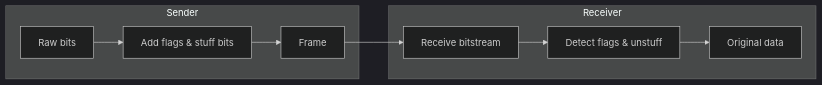
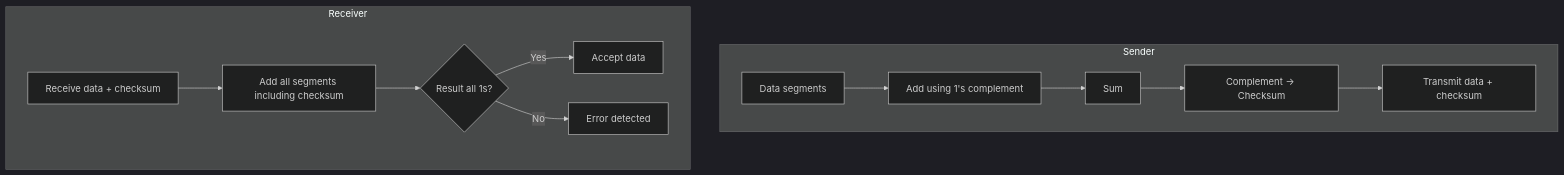
Before and after one commit to manishkumar8312/CS-Fundamentals: the third of 14 diagrams in Computer Network/Ch 04 - Data Link Layer.md, drawn with Mermaid (dark theme). The commit also changed other lines of this file, not shown here.

Commit message:
data link layer

````diff
--- a/Computer Network/Ch 04 - Data Link Layer.md
+++ b/Computer Network/Ch 04 - Data Link Layer.md
@@ -39,12 +68,15 @@
 ```mermaid
-flowchart LR
-    subgraph Sender
-        A[Raw bits] --> B[Add flags & stuff bits]
-        B --> C[Frame]
+flowchart TD
+    subgraph "Sender"
+        D[Data segments] --> Add[Add using 1's complement]
+        Add --> Sum[Sum]
+        Sum --> Compl[Complement → Checksum]
+        Compl --> Transmit[Transmit data + checksum]
     end
-    subgraph Receiver
-        C --> D[Receive bitstream]
-        D --> E[Detect flags & unstuff]
-        E --> F[Original data]
+    subgraph "Receiver"
+        Receive[Receive data + checksum] --> AddAll[Add all segments including checksum]
+        AddAll --> Check{Result all 1s?}
+        Check -->|Yes| Accept[Accept data]
+        Check -->|No| Reject[Error detected]
     end
 ```
````
